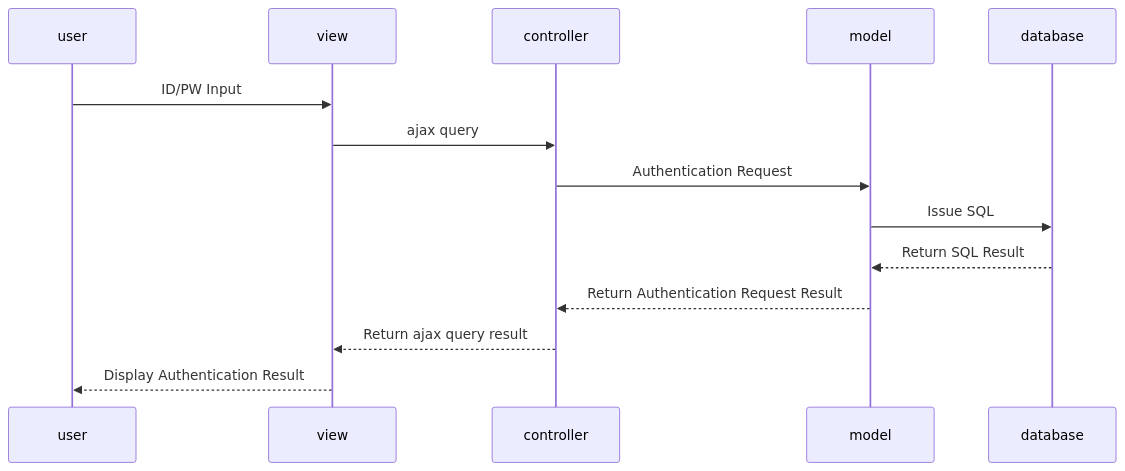
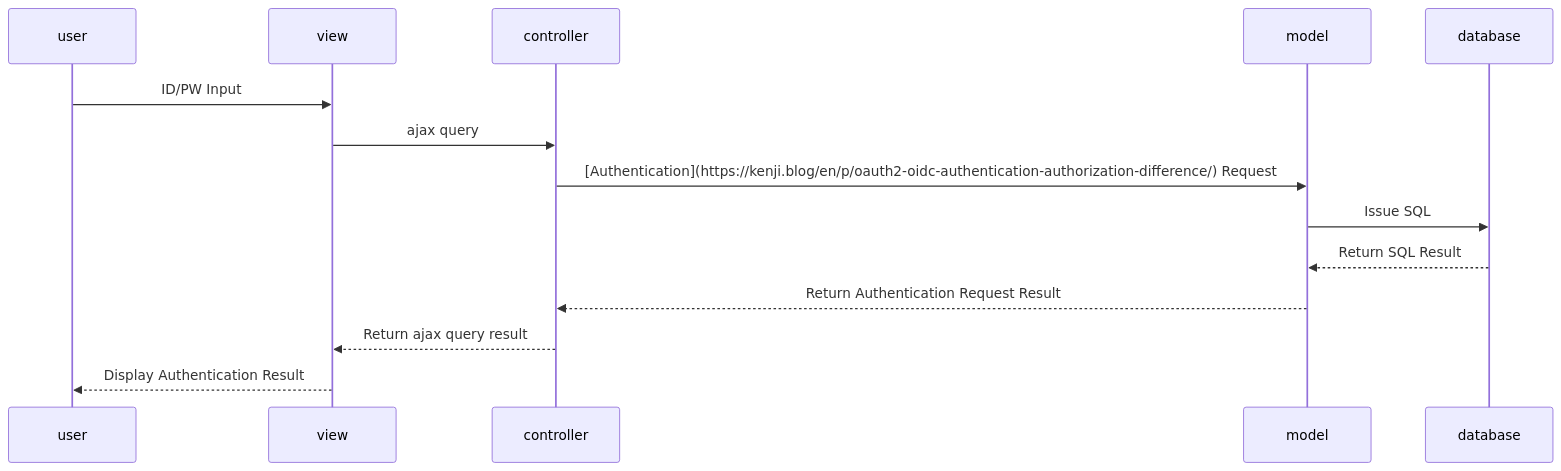
The third of 3 diagrams in content/post/mermaid.jsを試してみる/index.en.md (kenjinote/blog), drawn with Mermaid before and after one commit. The commit also changed 802 other files, not shown here.

```diff
--- a/content/post/mermaid.jsを試してみる/index.en.md
+++ b/content/post/mermaid.jsを試してみる/index.en.md
@@ -235,16 +235,16 @@
 {{<mermaid align="center">}}
 sequenceDiagram
     participant user
     participant view
     participant controller
     participant model
     participant database
     user->>view: ID/PW Input
     view->>controller: ajax query
-    controller->>model: Authentication Request
+    controller->>model: [Authentication](https://kenji.blog/en/p/oauth2-oidc-authentication-authorization-difference/) Request
     model->>database: Issue SQL
     database-->>model: Return SQL Result
     model-->>controller: Return Authentication Request Result
     controller-->>view: Return ajax query result
     view-->>user: Display Authentication Result
 {{</mermaid>}}
```
